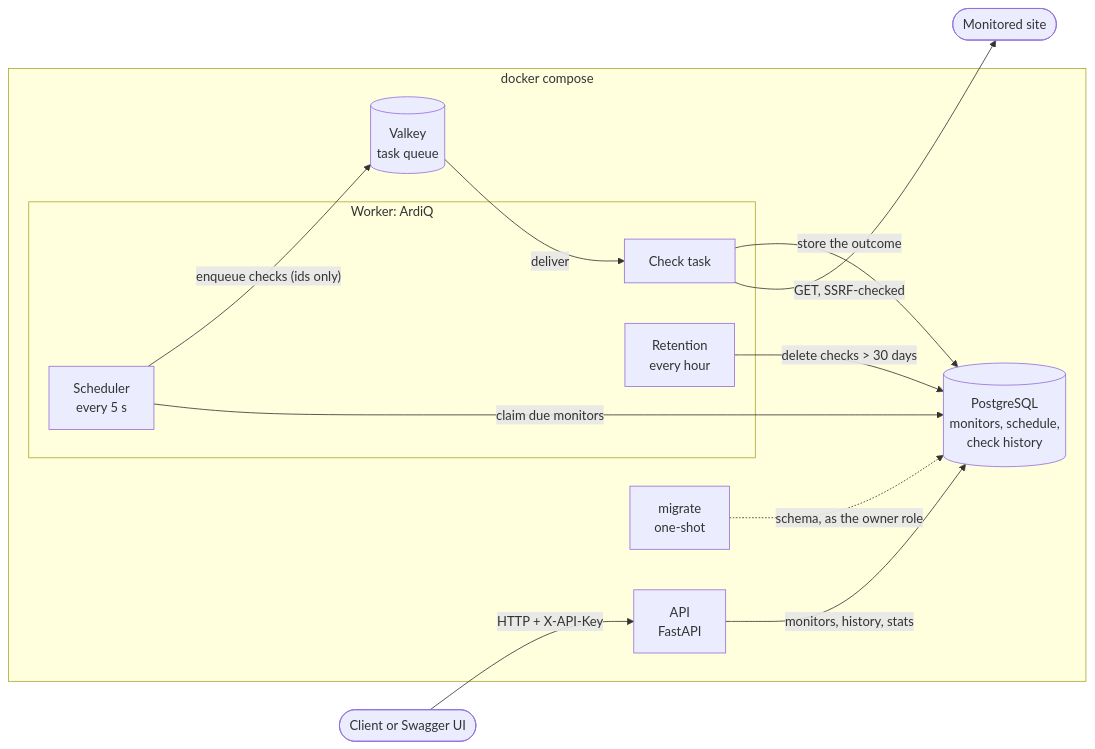
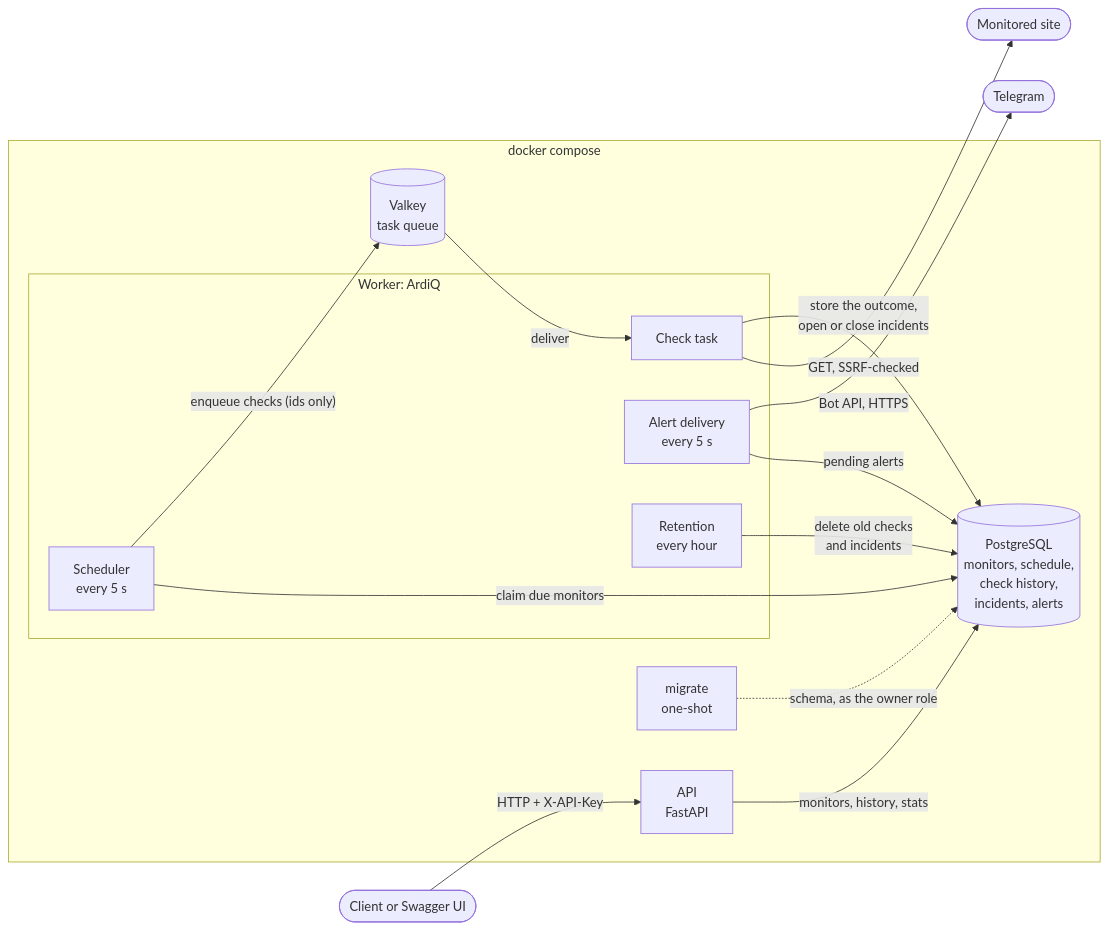
Before and after one commit to 3fxsty/pulseops: the diagram in README.md, drawn with Mermaid. The commit also changed other lines of this file and 6 other files, not shown here.

Commit message:
feat: wire Telegram alerts into Compose, document incidents and extend the smoke test

````diff
--- a/README.md
+++ b/README.md
@@ -27,27 +28,31 @@
 ```mermaid
 flowchart LR
     client([Client or Swagger UI])
     site([Monitored site])
 
     subgraph compose [docker compose]
         api[API<br/>FastAPI]
-        pg[(PostgreSQL<br/>monitors, schedule,<br/>check history)]
+        pg[(PostgreSQL<br/>monitors, schedule,<br/>check history,<br/>incidents, alerts)]
         valkey[(Valkey<br/>task queue)]
         subgraph worker [Worker: ArdiQ]
             scheduler[Scheduler<br/>every 5 s]
             check[Check task]
+            delivery[Alert delivery<br/>every 5 s]
             retention[Retention<br/>every hour]
         end
         migrate[migrate<br/>one-shot]
     end
+    telegram([Telegram])
 
     client -- "HTTP + X-API-Key" --> api
     api -- "monitors, history, stats" --> pg
     scheduler -- "claim due monitors" --> pg
     scheduler -- "enqueue checks (ids only)" --> valkey
     valkey -- "deliver" --> check
     check -- "GET, SSRF-checked" --> site
-    check -- "store the outcome" --> pg
-    retention -- "delete checks > 30 days" --> pg
+    check -- "store the outcome,<br/>open or close incidents" --> pg
+    delivery -- "pending alerts" --> pg
+    delivery -- "Bot API, HTTPS" --> telegram
+    retention -- "delete old checks<br/>and incidents" --> pg
     migrate -. "schema, as the owner role" .-> pg
 ```
````
